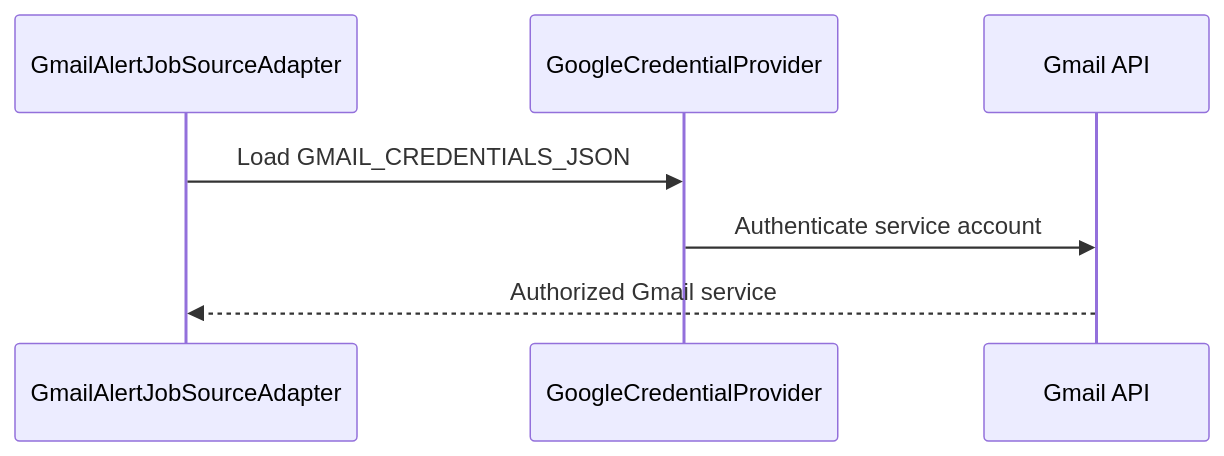
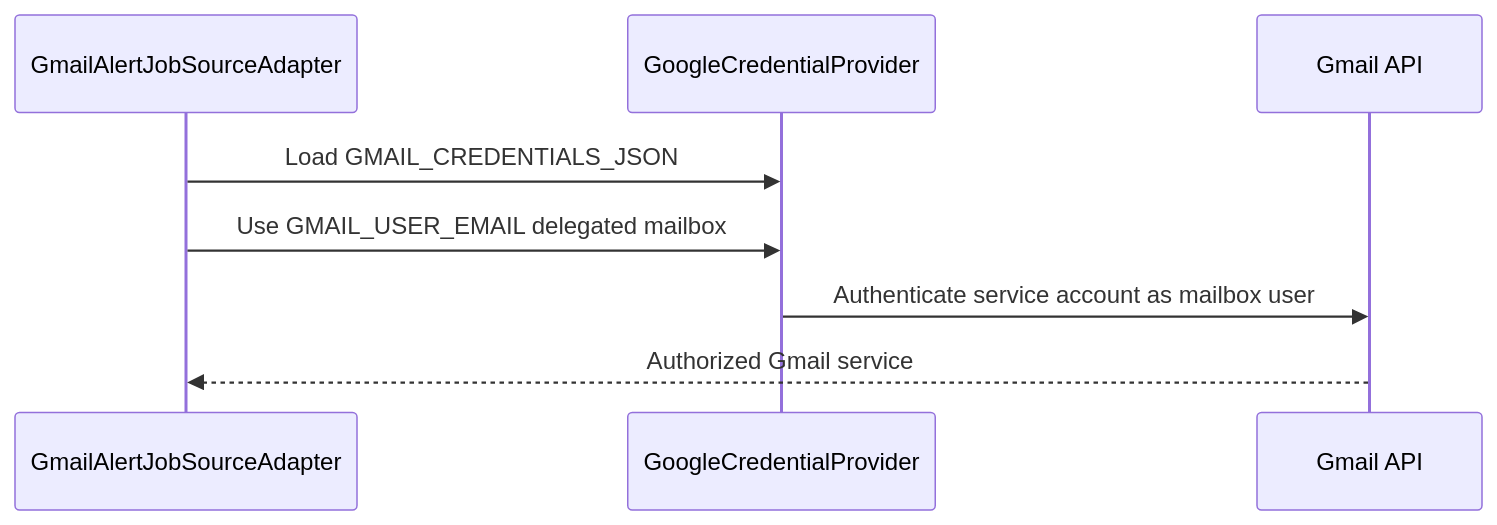
Before and after one commit to ekanatha-urivakili/AiJobSearchAgent: the seventh of 11 diagrams in docs/gmail-slack-integration.md, drawn with Mermaid. The commit also changed other lines of this file and 19 other files, not shown here.

````diff
--- a/docs/gmail-slack-integration.md
+++ b/docs/gmail-slack-integration.md
@@ -353,10 +355,11 @@
 ```mermaid
 sequenceDiagram
     participant GJSA as GmailAlertJobSourceAdapter
     participant GCP as GoogleCredentialProvider
     participant Gmail as Gmail API
 
     GJSA->>GCP: Load GMAIL_CREDENTIALS_JSON
-    GCP->>Gmail: Authenticate service account
+    GJSA->>GCP: Use GMAIL_USER_EMAIL delegated mailbox
+    GCP->>Gmail: Authenticate service account as mailbox user
     Gmail-->>GJSA: Authorized Gmail service
 ```
````
